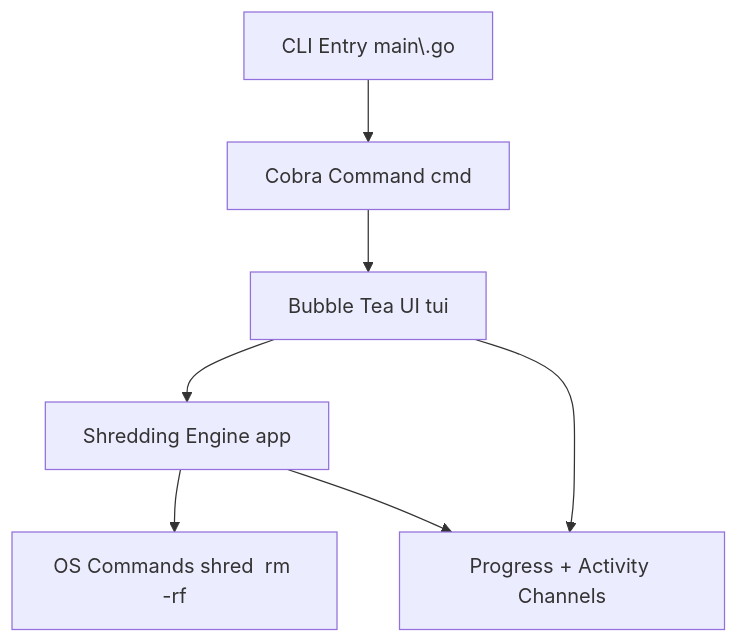
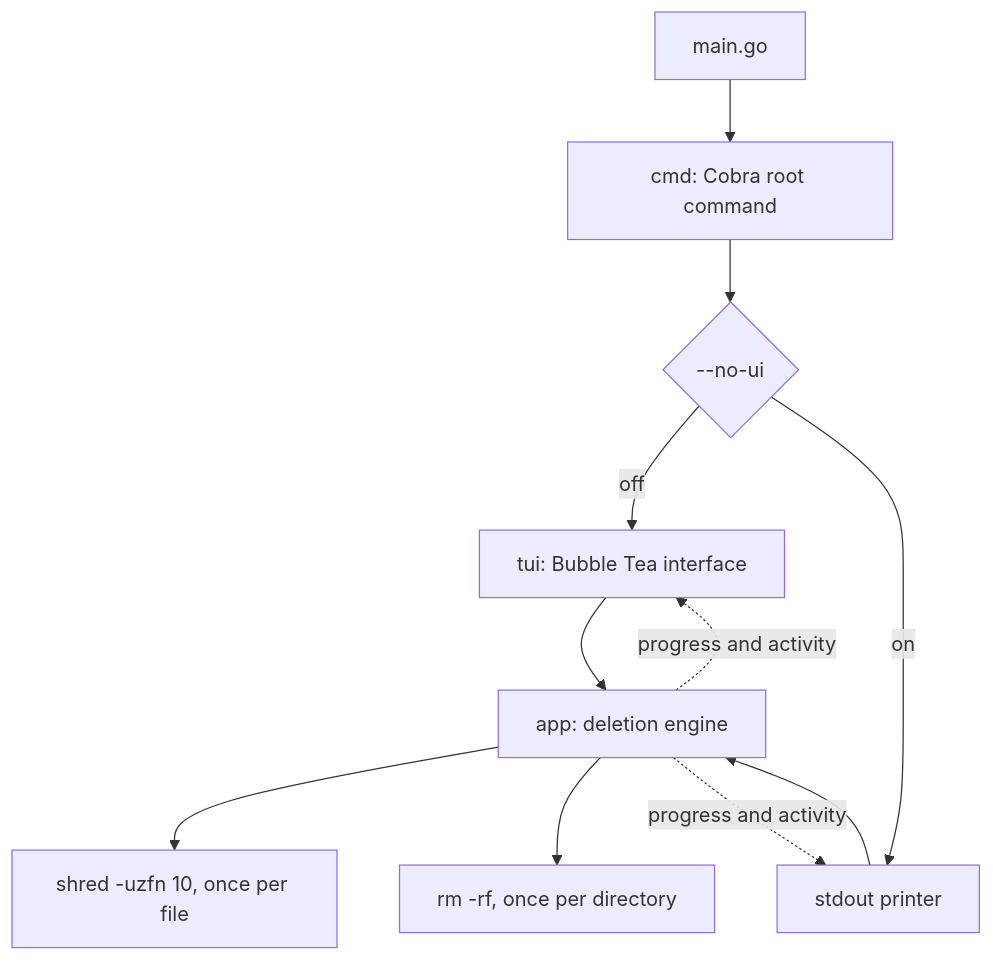
One commit to GF6599/blank changed the diagram in README.md. Above: the diagram before and after it, drawn with Mermaid. The commit also changed other lines of this file and 1 other file, not shown here.

````diff
--- a/README.md
+++ b/README.md
@@ -20,9 +15,13 @@
 ```mermaid
 graph TD
-    A[CLI Entry main\.go] --> B[Cobra Command cmd]
-    B --> C[Bubble Tea UI tui]
-    C --> D[Shredding Engine app]
-    D --> E[OS Commands shred  rm -rf]
-    C --> F[Progress + Activity Channels]
-    D --> F
+    A[main.go] --> B[cmd: Cobra root command]
+    B --> C{--no-ui}
+    C -->|off| D[tui: Bubble Tea interface]
+    C -->|on| E[stdout printer]
+    D --> F[app: deletion engine]
+    E --> F
+    F --> G["shred -uzfn 10, once per file"]
+    F --> H["rm -rf, once per directory"]
+    F -. progress and activity .-> D
+    F -. progress and activity .-> E
 ```
````
